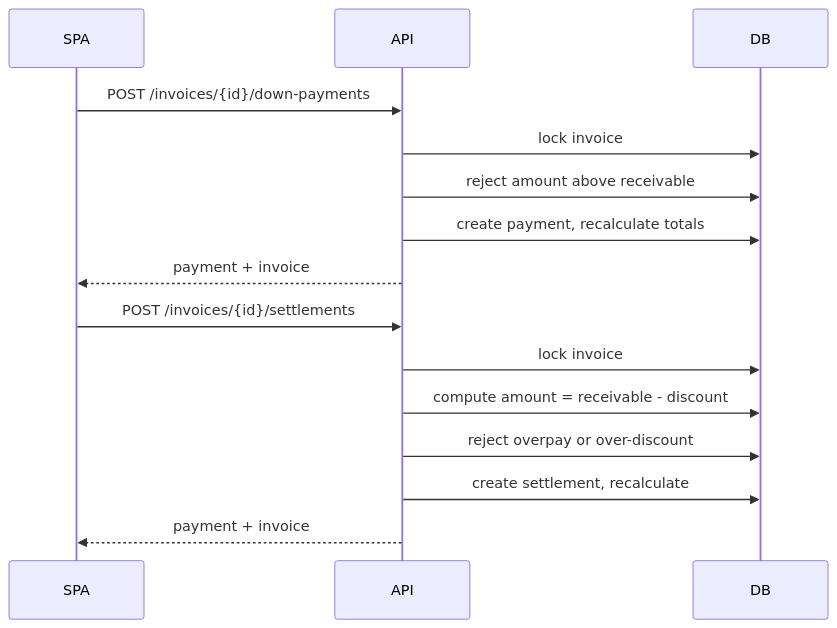
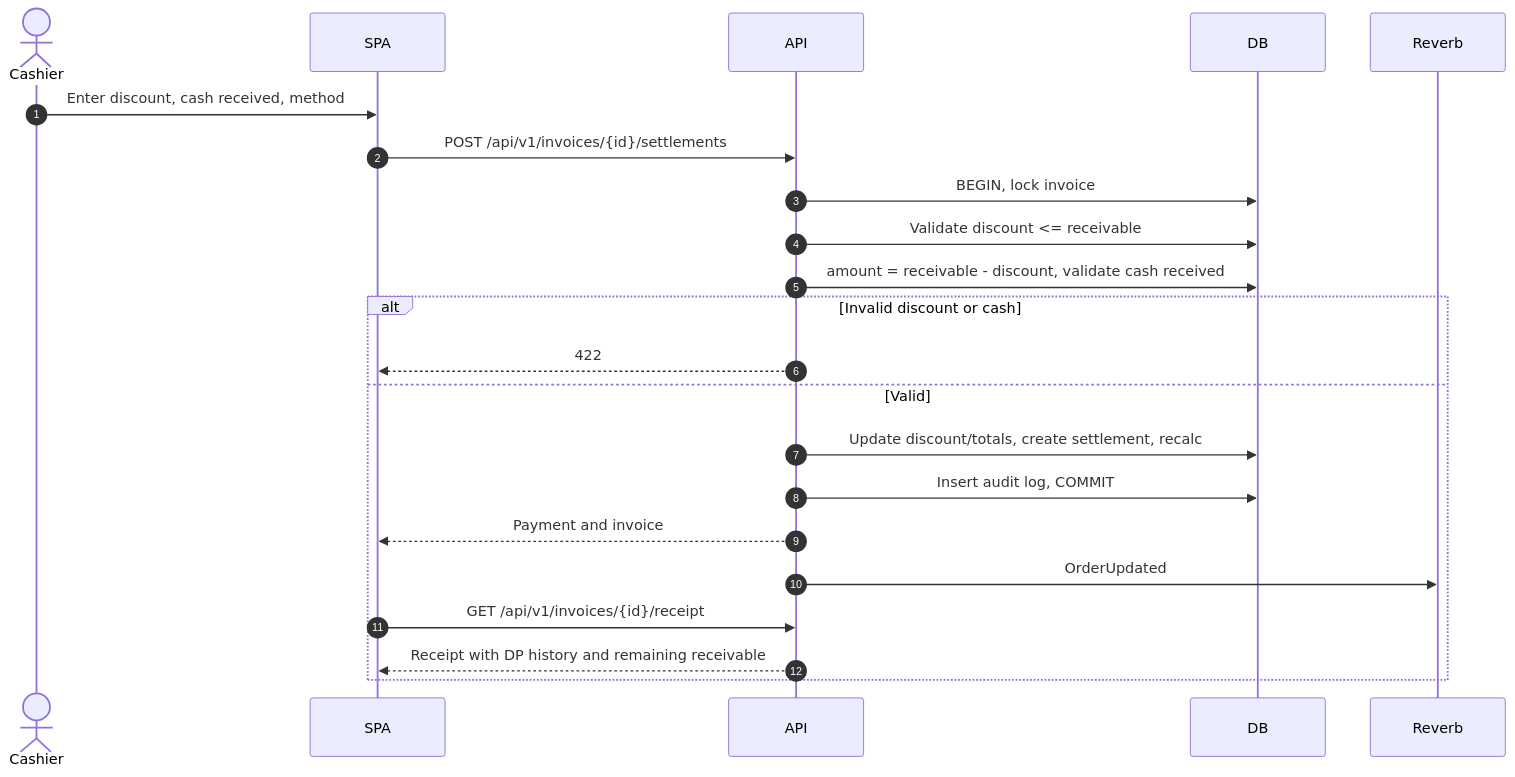
The ninth of 21 diagrams in docs/architecture/sequence-diagrams.md (Arukast/pos_alja), drawn with Mermaid before and after one commit. The commit also changed other lines of this file, not shown here.

Commit message:
docs: expand sequence diagrams for target flows (#43)

````diff
--- a/docs/architecture/sequence-diagrams.md
+++ b/docs/architecture/sequence-diagrams.md
@@ -47,18 +228,25 @@
 ```mermaid
 sequenceDiagram
+    autonumber
+    actor C as Cashier
     participant SPA
     participant API
     participant DB
+    participant R as Reverb
 
-    SPA->>API: POST /invoices/{id}/down-payments
-    API->>DB: lock invoice
-    API->>DB: reject amount above receivable
-    API->>DB: create payment, recalculate totals
-    API-->>SPA: payment + invoice
-    SPA->>API: POST /invoices/{id}/settlements
-    API->>DB: lock invoice
-    API->>DB: compute amount = receivable - discount
-    API->>DB: reject overpay or over-discount
-    API->>DB: create settlement, recalculate
-    API-->>SPA: payment + invoice
+    C->>SPA: Enter discount, cash received, method
+    SPA->>API: POST /api/v1/invoices/{id}/settlements
+    API->>DB: BEGIN, lock invoice
+    API->>DB: Validate discount <= receivable
+    API->>DB: amount = receivable - discount, validate cash received
+    alt Invalid discount or cash
+        API-->>SPA: 422
+    else Valid
+        API->>DB: Update discount/totals, create settlement, recalc
+        API->>DB: Insert audit log, COMMIT
+        API-->>SPA: Payment and invoice
+        API->>R: OrderUpdated
+        SPA->>API: GET /api/v1/invoices/{id}/receipt
+        API-->>SPA: Receipt with DP history and remaining receivable
+    end
 ```
````
